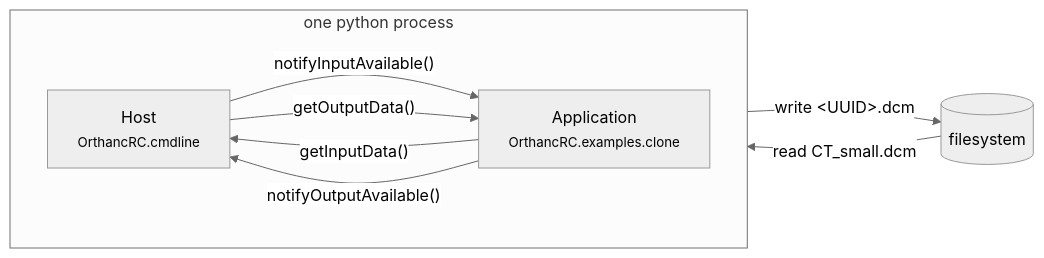
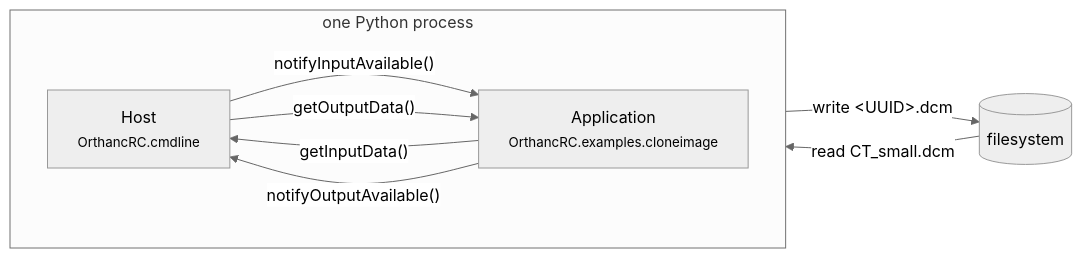
Before and after one commit to retsil/Orthanc-Restful-Chooser: the first of 2 diagrams in readme.md, drawn with Mermaid (neutral theme). The commit also changed other lines of this file and 26 other files, not shown here.

````diff
--- a/readme.md
+++ b/readme.md
@@ -193,15 +176,15 @@
 ```mermaid
 flowchart LR
-    subgraph proc["one python process"]
+    subgraph proc["one Python process"]
         direction LR
         H["Host<br/><small>OrthancRC.cmdline</small>"]
-        A["Application<br/><small>OrthancRC.examples.clone</small>"]
+        A["Application<br/><small>OrthancRC.examples.cloneimage</small>"]
         H -- "notifyInputAvailable()" --> A
         A -- "getInputData()" --> H
         A -- "notifyOutputAvailable()" --> H
         H -- "getOutputData()" --> A
     end
     FS[("filesystem")]
     FS -- "read CT_small.dcm" --> H
     H -- "write &lt;UUID&gt;.dcm" --> FS
 ```
````
